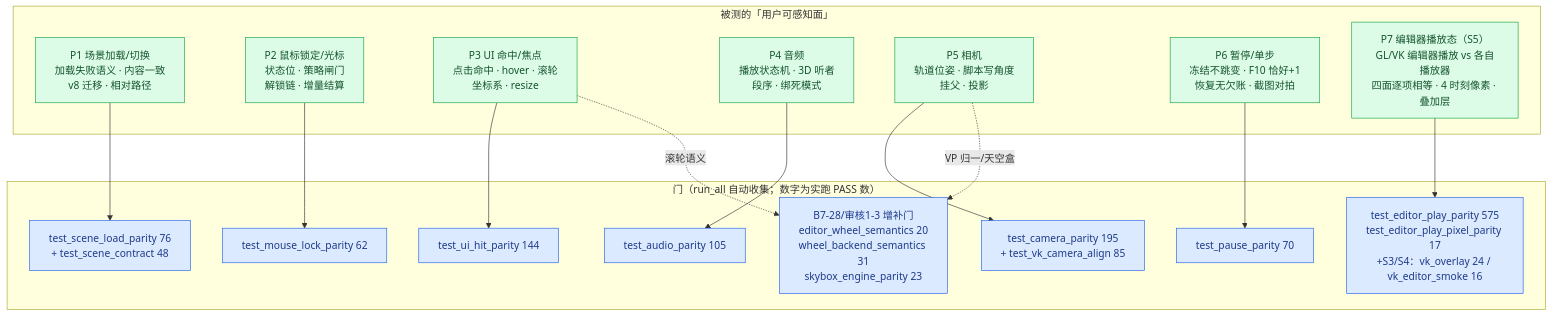
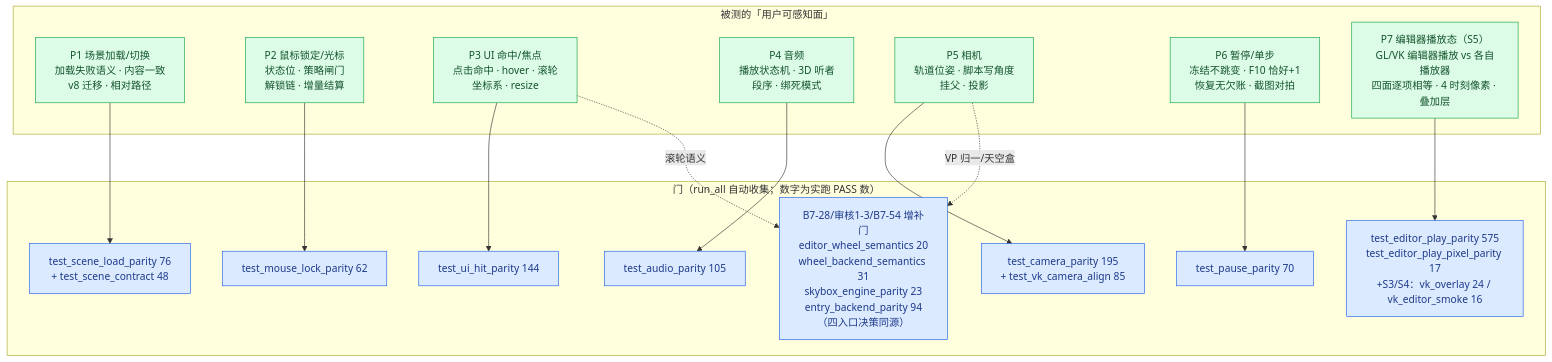
Diagram 22 of 23 in ARCHITECTURE.md (lhy302/WeaveEngine), drawn with Mermaid before and after one commit. The commit also changed other lines of this file, not shown here.

Commit message:
B7-54 架构图同步: 按 09759b9 实际代码更新图1/9/13/19 —— 编辑器+编译入口后端选择同走 run_player.resolve_backend（parse_backend_arg:133 唯一解析）、图1.1 行号随迁、文件清单 157→158 个 .py/58267 行、图19 新增 B7-54 门 94 条 + run_all 162/5861 汇总、横幅 HEAD 更新 60ea619

````diff
--- a/ARCHITECTURE.md
+++ b/ARCHITECTURE.md
@@ -1171,33 +1189,33 @@
 ```mermaid
 flowchart TB
   subgraph FACES["被测的「用户可感知面」"]
     F1["P1 场景加载/切换<br/>加载失败语义 · 内容一致<br/>v8 迁移 · 相对路径"]:::ok
     F2["P2 鼠标锁定/光标<br/>状态位 · 策略闸门<br/>解锁链 · 增量结算"]:::ok
     F3["P3 UI 命中/焦点<br/>点击命中 · hover · 滚轮<br/>坐标系 · resize"]:::ok
     F4["P4 音频<br/>播放状态机 · 3D 听者<br/>段序 · 绑死模式"]:::ok
     F5["P5 相机<br/>轨道位姿 · 脚本写角度<br/>挂父 · 投影"]:::ok
     F6["P6 暂停/单步<br/>冻结不跳变 · F10 恰好+1<br/>恢复无欠账 · 截图对拍"]:::ok
     F7["P7 编辑器播放态（S5）<br/>GL/VK 编辑器播放 vs 各自播放器<br/>四面逐项相等 · 4 时刻像素 · 叠加层"]:::ok
   end
   subgraph GATES["门（run_all 自动收集；数字为实跑 PASS 数）"]
     G1["test_scene_load_parity 76<br/>+ test_scene_contract 48"]:::gate
     G2["test_mouse_lock_parity 62"]:::gate
     G3["test_ui_hit_parity 144"]:::gate
     G4["test_audio_parity 105"]:::gate
     G5["test_camera_parity 195<br/>+ test_vk_camera_align 85"]:::gate
     G6["test_pause_parity 70"]:::gate
     G7["test_editor_play_parity 575<br/>test_editor_play_pixel_parity 17<br/>+S3/S4：vk_overlay 24 / vk_editor_smoke 16"]:::gate
-    G8["B7-28/审核1-3 增补门<br/>editor_wheel_semantics 20<br/>wheel_backend_semantics 31<br/>skybox_engine_parity 23"]:::gate
+    G8["B7-28/审核1-3/B7-54 增补门<br/>editor_wheel_semantics 20<br/>wheel_backend_semantics 31<br/>skybox_engine_parity 23<br/>entry_backend_parity 94（四入口决策同源）"]:::gate
   end
   F1 --> G1
   F2 --> G2
   F3 --> G3
   F3 -.->|滚轮语义| G8
   F4 --> G4
   F5 --> G5
   F5 -.->|VP 归一/天空盒| G8
   F6 --> G6
   F7 --> G7
   classDef ok fill:#dcfce7,stroke:#16a34a,color:#14532d
   classDef gate fill:#dbeafe,stroke:#2563eb,color:#1e3a8a
 ```
````
